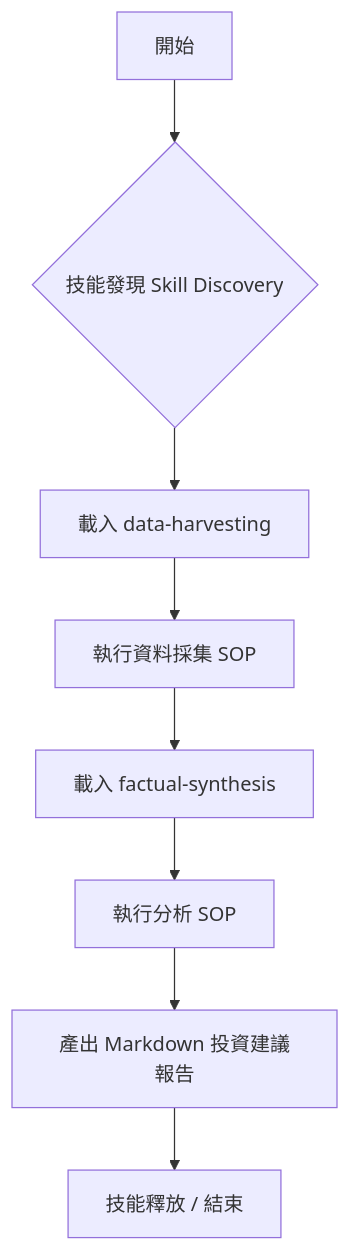
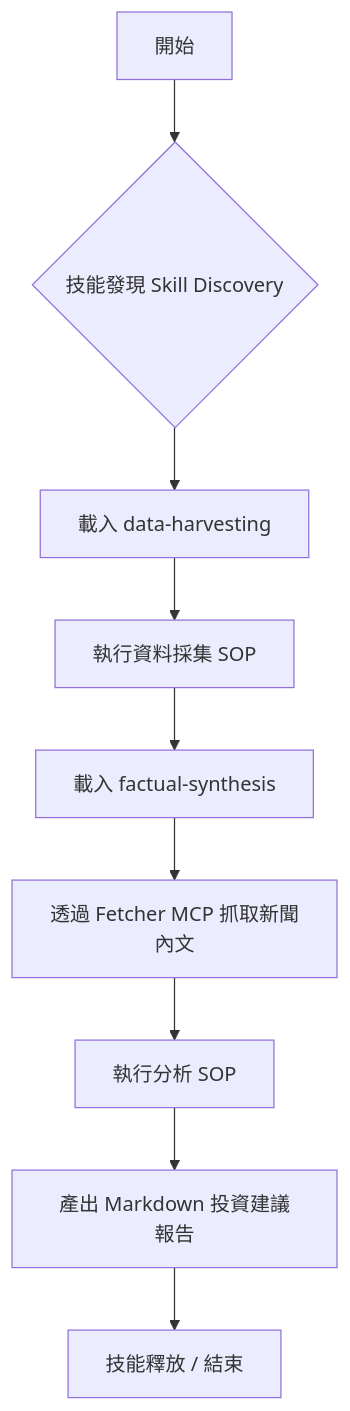
The diagram in README.zh-TW.md (long0426/python-skill-poc), drawn with Mermaid before and after one commit. The commit also changed 2 other files, not shown here.

Commit message:
docs: Update data flow diagram to include news scraping via Fetcher MCP and reorder subsequent steps.

````diff
--- a/README.zh-TW.md
+++ b/README.zh-TW.md
@@ -66,10 +66,11 @@
 ```mermaid
 graph TD
     A[開始] --> B{技能發現 Skill Discovery}
     B --> C[載入 data-harvesting]
     C --> D[執行資料採集 SOP]
     D --> E[載入 factual-synthesis]
-    E --> F[執行分析 SOP]
-    F --> G[產出 Markdown 投資建議報告]
-    G --> H[技能釋放 / 結束]
+    E --> F[透過 Fetcher MCP 抓取新聞內文]
+    F --> G[執行分析 SOP]
+    G --> H[產出 Markdown 投資建議報告]
+    H --> I[技能釋放 / 結束]
 ```
````
